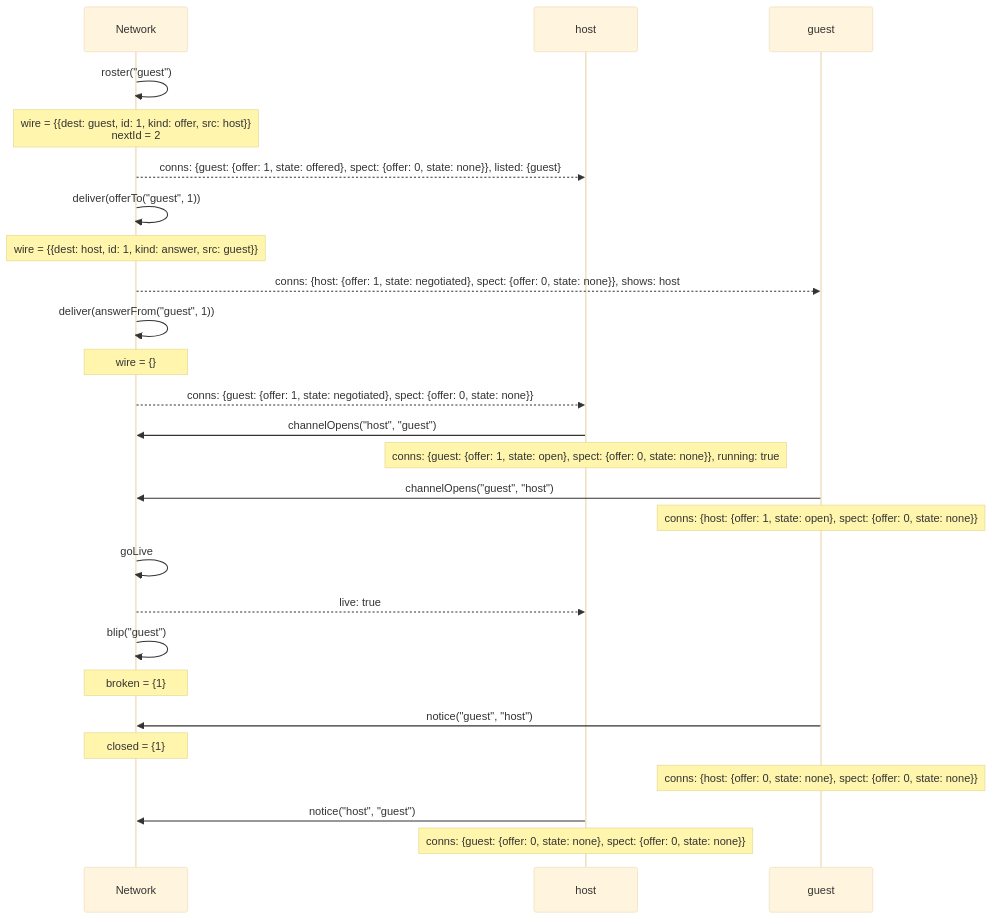
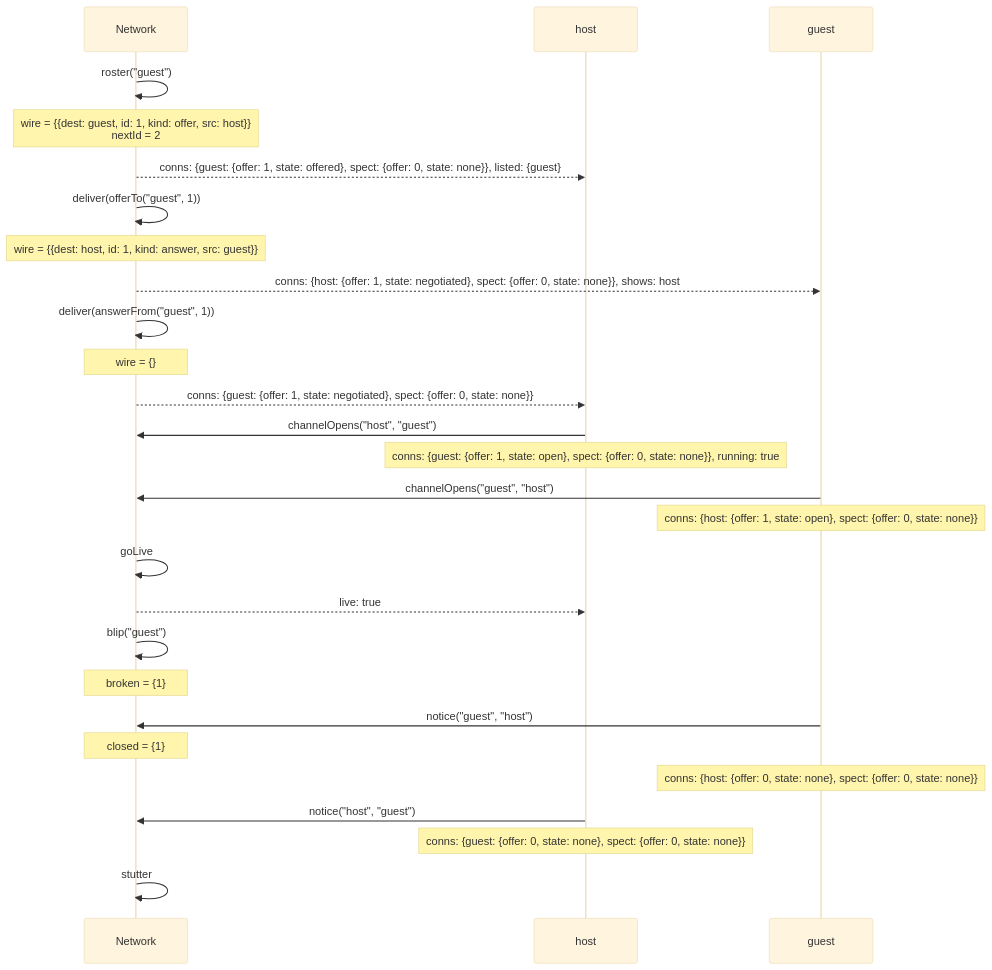
One commit to kwilson21/kaillera-next changed diagram 12 of 14 in docs/spec-traces.md. Above: the diagram before and after it, drawn with Mermaid (base theme). The commit also changed other lines of this file and 22 other files, not shown here.

````diff
--- a/docs/spec-traces.md
+++ b/docs/spec-traces.md
@@ -363,28 +363,29 @@
 ```mermaid
 sequenceDiagram
   participant Network
   participant host
   participant guest
   Network->>Network: roster("guest")
   Note over Network: wire = {{dest: guest, id: 1, kind: offer, src: host}}<br/>nextId = 2
   Network-->>host: conns: {guest: {offer: 1, state: offered}, spect: {offer: 0, state: none}}, listed: {guest}
   Network->>Network: deliver(offerTo("guest", 1))
   Note over Network: wire = {{dest: host, id: 1, kind: answer, src: guest}}
   Network-->>guest: conns: {host: {offer: 1, state: negotiated}, spect: {offer: 0, state: none}}, shows: host
   Network->>Network: deliver(answerFrom("guest", 1))
   Note over Network: wire = {}
   Network-->>host: conns: {guest: {offer: 1, state: negotiated}, spect: {offer: 0, state: none}}
   host->>Network: channelOpens("host", "guest")
   Note over host: conns: {guest: {offer: 1, state: open}, spect: {offer: 0, state: none}}, running: true
   guest->>Network: channelOpens("guest", "host")
   Note over guest: conns: {host: {offer: 1, state: open}, spect: {offer: 0, state: none}}
   Network->>Network: goLive
   Network-->>host: live: true
   Network->>Network: blip("guest")
   Note over Network: broken = {1}
   guest->>Network: notice("guest", "host")
   Note over Network: closed = {1}
   Note over guest: conns: {host: {offer: 0, state: none}, spect: {offer: 0, state: none}}
   host->>Network: notice("host", "guest")
   Note over host: conns: {guest: {offer: 0, state: none}, spect: {offer: 0, state: none}}
+  Network->>Network: stutter
 ```
````
